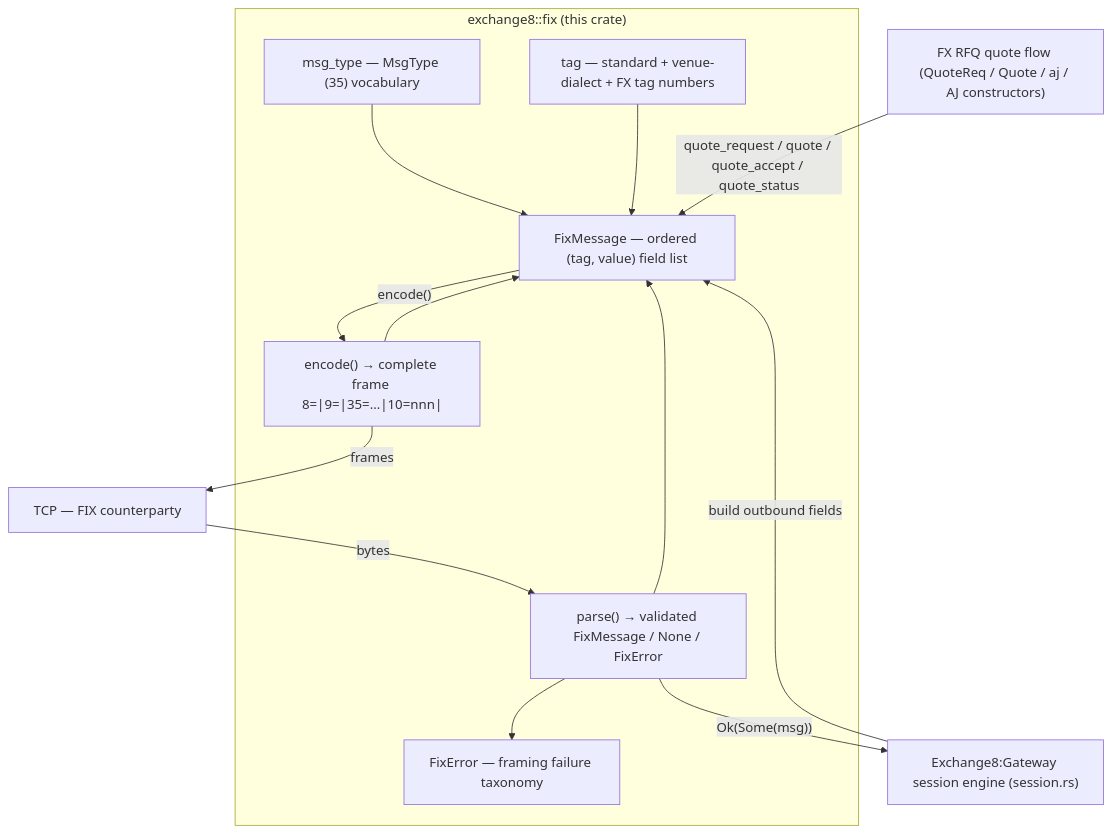
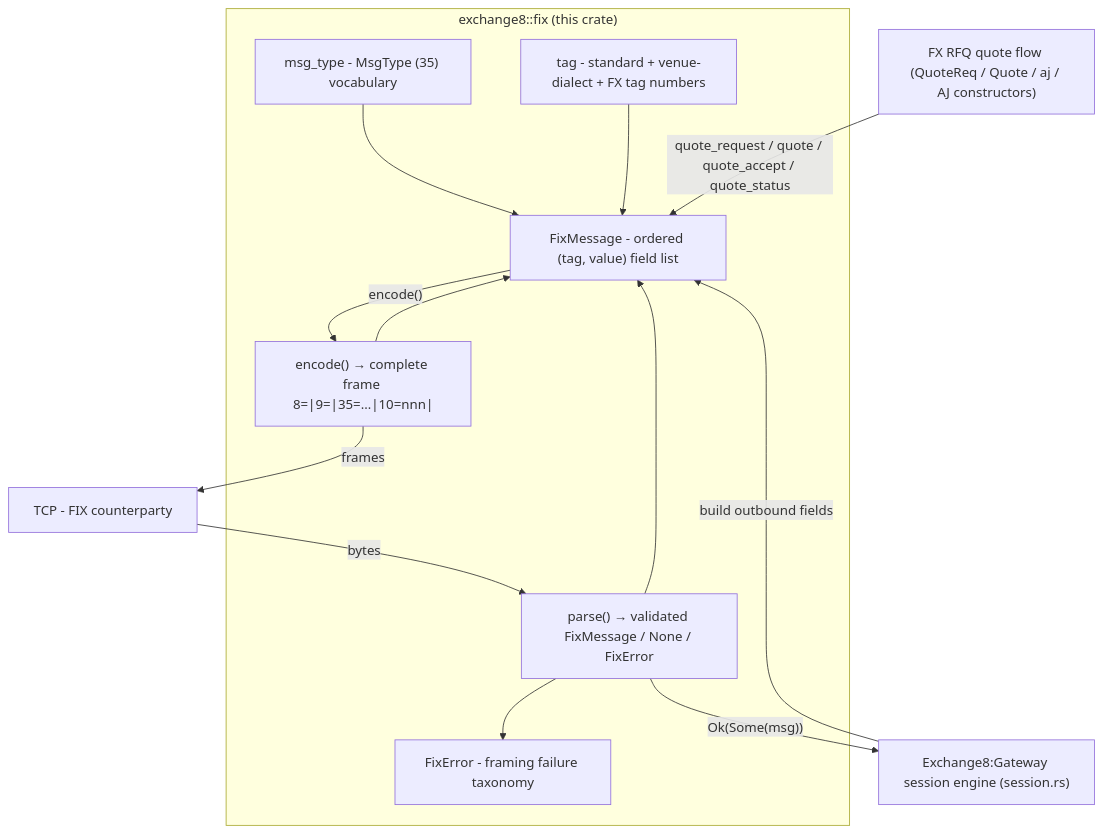
The diagram in crates/fix/README.md (Exchange8-dev/exchange8-sdk), drawn with Mermaid before and after one commit. The commit also changed other lines of this file and 60 other files, not shown here.

````diff
--- a/crates/fix/README.md
+++ b/crates/fix/README.md
@@ -39,28 +39,28 @@
 ```mermaid
 graph TD
     subgraph codec["exchange8::fix (this crate)"]
-        FM["FixMessage — ordered (tag, value) field list"]
+        FM["FixMessage - ordered (tag, value) field list"]
         EN["encode() → complete frame 8=|9=|35=…|10=nnn|"]
         PA["parse() → validated FixMessage / None / FixError"]
-        MT["msg_type — MsgType (35) vocabulary"]
-        TG["tag — standard + venue-dialect + FX tag numbers"]
-        FE["FixError — framing failure taxonomy"]
+        MT["msg_type - MsgType (35) vocabulary"]
+        TG["tag - standard + venue-dialect + FX tag numbers"]
+        FE["FixError - framing failure taxonomy"]
     end
 
     GW["Exchange8:Gateway session engine (session.rs)"]
     RFQ["FX RFQ quote flow (QuoteReq / Quote / aj / AJ constructors)"]
-    WIRE["TCP — FIX counterparty"]
+    WIRE["TCP - FIX counterparty"]
 
     EN --> FM
     PA --> FM
     MT --> FM
     TG --> FM
     PA --> FE
 
     GW -->|"build outbound fields"| FM
     FM -->|"encode()"| EN
     EN -->|"frames"| WIRE
     WIRE -->|"bytes"| PA
     PA -->|"Ok(Some(msg))"| GW
     RFQ -->|"quote_request / quote / quote_accept / quote_status"| FM
 ```
````
